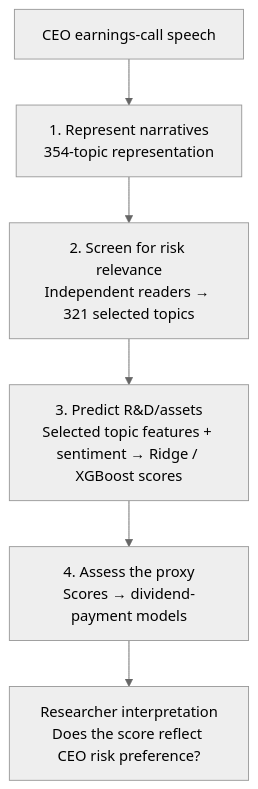
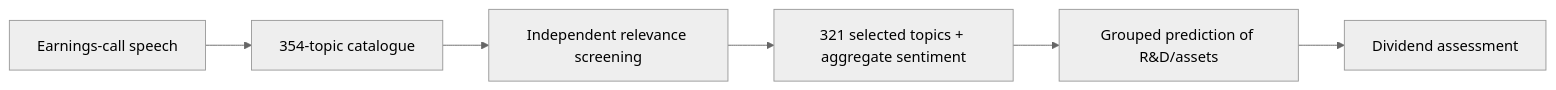
The diagram in README.md (jianghan6666/worddeed), drawn with Mermaid (neutral theme) before and after one commit. The commit also changed other lines of this file and 23 other files, not shown here.

````diff
--- a/README.md
+++ b/README.md
@@ -77,8 +40,8 @@
 ```mermaid
-flowchart TD
-    A["CEO earnings-call speech"] --> B["1. Represent narratives<br/>354-topic representation"]
-    B --> C["2. Screen for risk relevance<br/>Independent readers → 321 selected topics"]
-    C --> D["3. Predict R&D/assets<br/>Selected topic features + sentiment → Ridge / XGBoost scores"]
-    D --> E["4. Assess the proxy<br/>Scores → dividend-payment models"]
-    E --> F["Researcher interpretation<br/>Does the score reflect CEO risk preference?"]
+flowchart LR
+    A["Earnings-call speech"] --> B["354-topic catalogue"]
+    B --> C["Independent relevance screening"]
+    C --> D["321 selected topics + aggregate sentiment"]
+    D --> E["Grouped prediction of R&D/assets"]
+    E --> F["Dividend assessment"]
 ```
````
